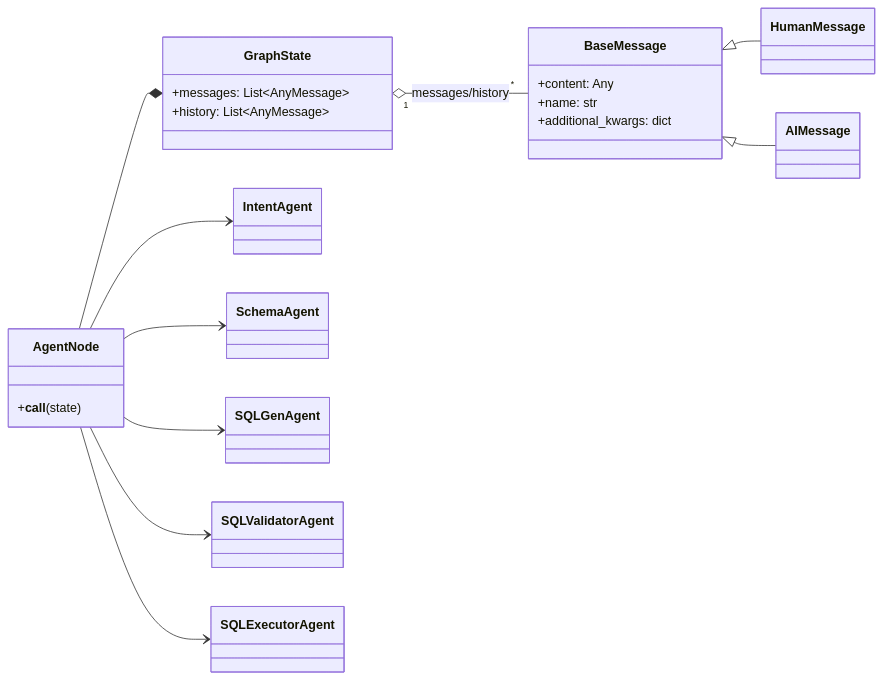
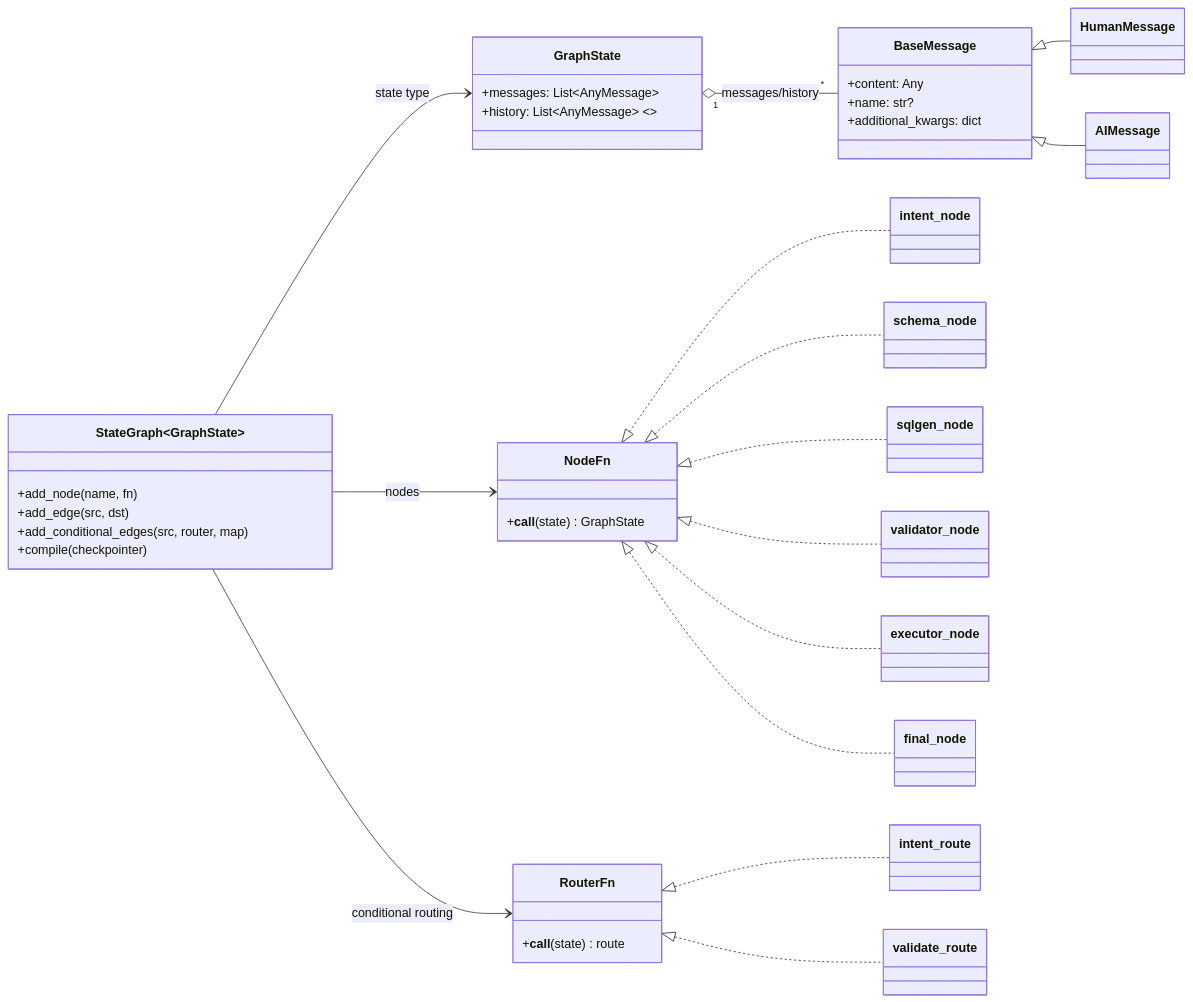
The first of 2 diagrams in README.md (attractor-set/sql_agent_example), drawn with Mermaid before and after one commit. The commit also changed other lines of this file, not shown here.

Commit message:
[UML][DFD] corrections

````diff
--- a/README.md
+++ b/README.md
@@ -58,40 +58,59 @@
 ```mermaid
 classDiagram
 direction LR
 
 class GraphState {
   +messages: List~AnyMessage~
-  +history: List~AnyMessage~
+  +history: List~AnyMessage~  <<add_messages>>
 }
 
 class BaseMessage {
   +content: Any
-  +name: str
+  +name: str?
   +additional_kwargs: dict
 }
-
 class HumanMessage
 class AIMessage
-
 BaseMessage <|-- HumanMessage
 BaseMessage <|-- AIMessage
 
 GraphState "1" o-- "*" BaseMessage : messages/history
 
-class AgentNode {
-  +__call__(state)
+class StateGraph~GraphState~ {
+  +add_node(name, fn)
+  +add_edge(src, dst)
+  +add_conditional_edges(src, router, map)
+  +compile(checkpointer)
 }
 
-class IntentAgent
-class SchemaAgent
-class SQLGenAgent
-class SQLValidatorAgent
-class SQLExecutorAgent
+class RouterFn {
+  +__call__(state) route
+}
 
-AgentNode --> IntentAgent
-AgentNode --> SchemaAgent
-AgentNode --> SQLGenAgent
-AgentNode --> SQLValidatorAgent
-AgentNode --> SQLExecutorAgent
-AgentNode --* GraphState
+class NodeFn {
+  +__call__(state) GraphState
+}
+
+class intent_node
+class schema_node
+class sqlgen_node
+class validator_node
+class executor_node
+class final_node
+
+NodeFn <|.. intent_node
+NodeFn <|.. schema_node
+NodeFn <|.. sqlgen_node
+NodeFn <|.. validator_node
+NodeFn <|.. executor_node
+NodeFn <|.. final_node
+
+class intent_route
+class validate_route
+RouterFn <|.. intent_route
+RouterFn <|.. validate_route
+
+StateGraph~GraphState~ --> GraphState : state type
+StateGraph~GraphState~ --> NodeFn : nodes
+StateGraph~GraphState~ --> RouterFn : conditional routing
 ```
````
